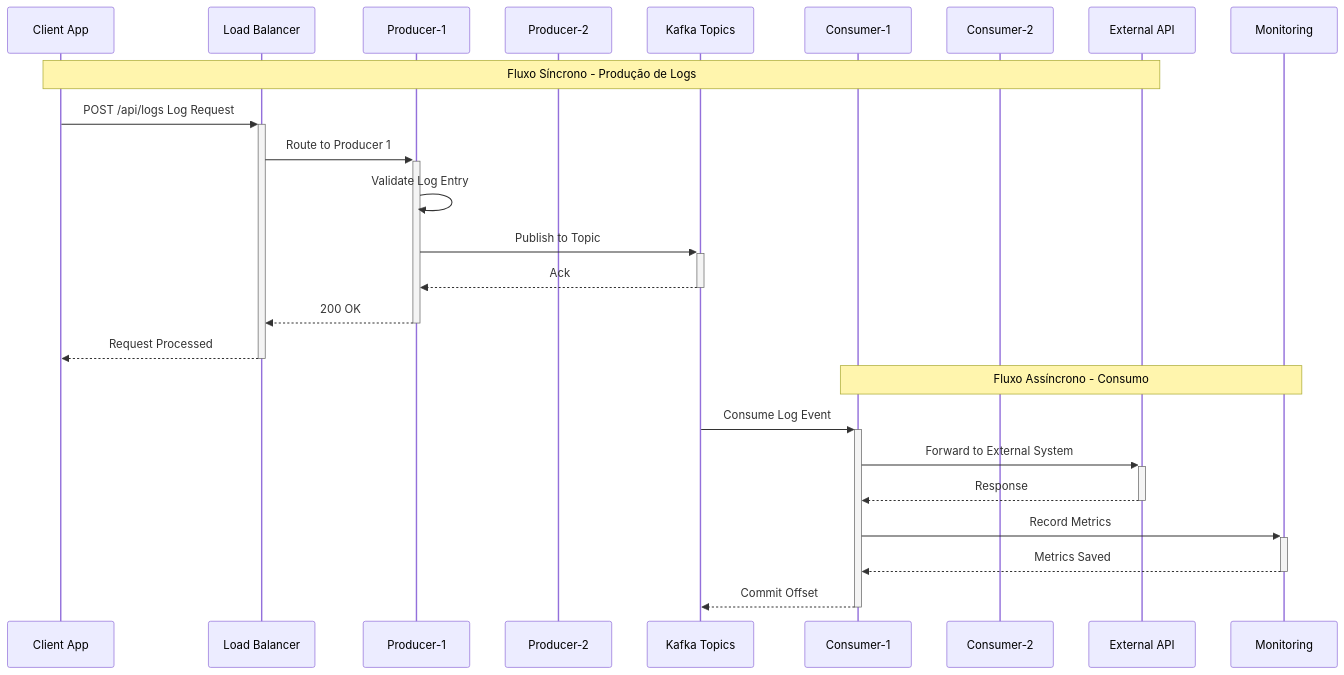
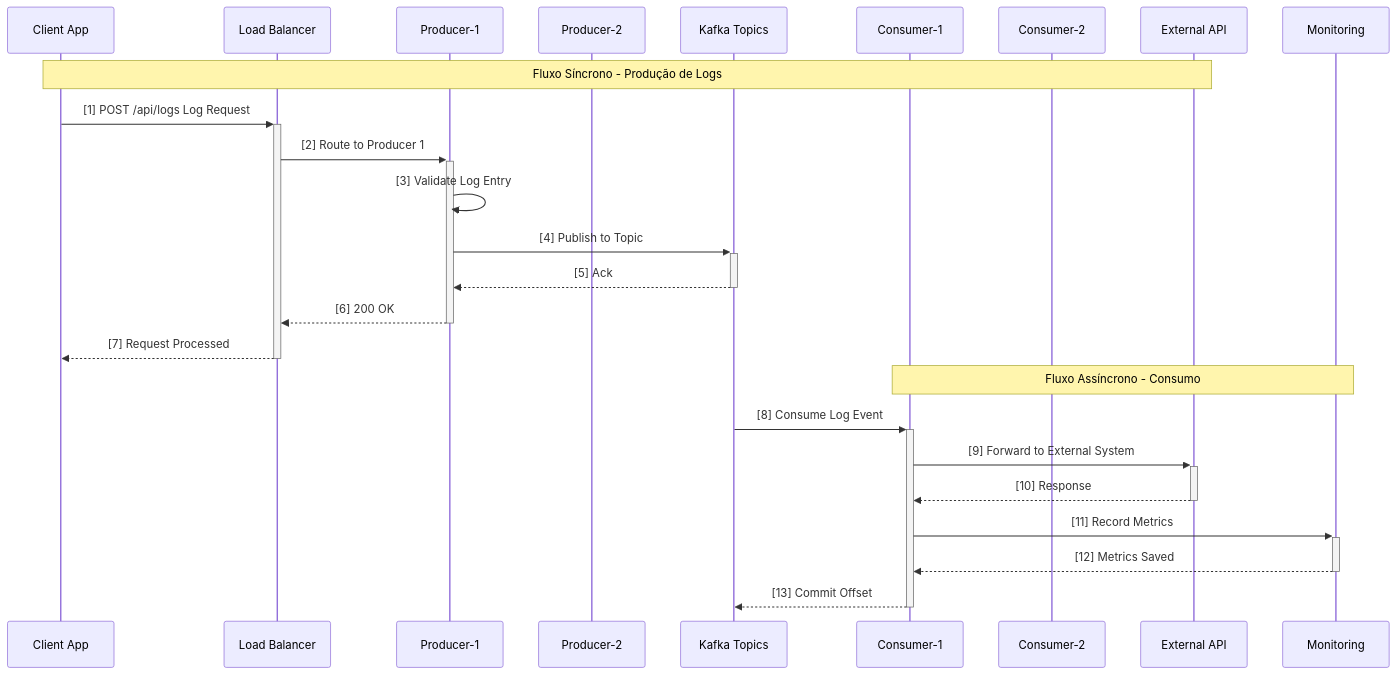
Before and after one commit to italo-costa/estudosKBNT_Kafka_Logs_V2_cleanCode: the third of 8 diagrams in docs/DIAGRAMAS_ARQUITETURA_COMPLETOS.md, drawn with Mermaid. The commit also changed other lines of this file, not shown here.

````diff
--- a/docs/DIAGRAMAS_ARQUITETURA_COMPLETOS.md
+++ b/docs/DIAGRAMAS_ARQUITETURA_COMPLETOS.md
@@ -287,31 +287,31 @@
 ```mermaid
 sequenceDiagram
     participant C as Client App
     participant LB as Load Balancer
     participant P1 as Producer-1
     participant P2 as Producer-2
     participant KT as Kafka Topics
     participant C1 as Consumer-1
     participant C2 as Consumer-2
     participant API as External API
     participant MON as Monitoring
     
     Note over C,API: Fluxo Síncrono - Produção de Logs
-    
-    C->>+LB: POST /api/logs Log Request
-    LB->>+P1: Route to Producer 1
-    P1->>P1: Validate Log Entry
-    P1->>+KT: Publish to Topic
-    KT-->>-P1: Ack
-    P1-->>-LB: 200 OK
-    LB-->>-C: Request Processed
+
+    C->>+LB: [1] POST /api/logs Log Request
+    LB->>+P1: [2] Route to Producer 1
+    P1->>P1: [3] Validate Log Entry
+    P1->>+KT: [4] Publish to Topic
+    KT-->>-P1: [5] Ack
+    P1-->>-LB: [6] 200 OK
+    LB-->>-C: [7] Request Processed
     
     Note over C1,MON: Fluxo Assíncrono - Consumo
     
-    KT->>+C1: Consume Log Event
-    C1->>+API: Forward to External System
-    API-->>-C1: Response
-    C1->>+MON: Record Metrics
-    MON-->>-C1: Metrics Saved
-    C1-->>-KT: Commit Offset
+    KT->>+C1: [8] Consume Log Event
+    C1->>+API: [9] Forward to External System
+    API-->>-C1: [10] Response
+    C1->>+MON: [11] Record Metrics
+    MON-->>-C1: [12] Metrics Saved
+    C1-->>-KT: [13] Commit Offset
 ```
````
